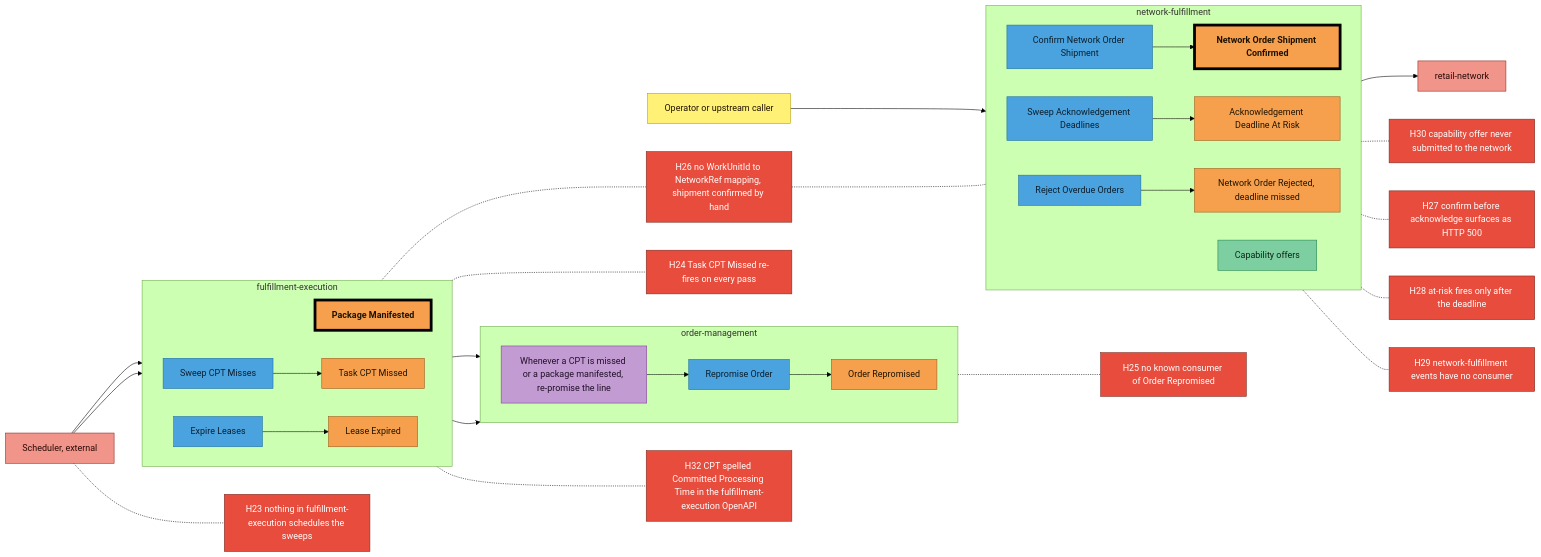
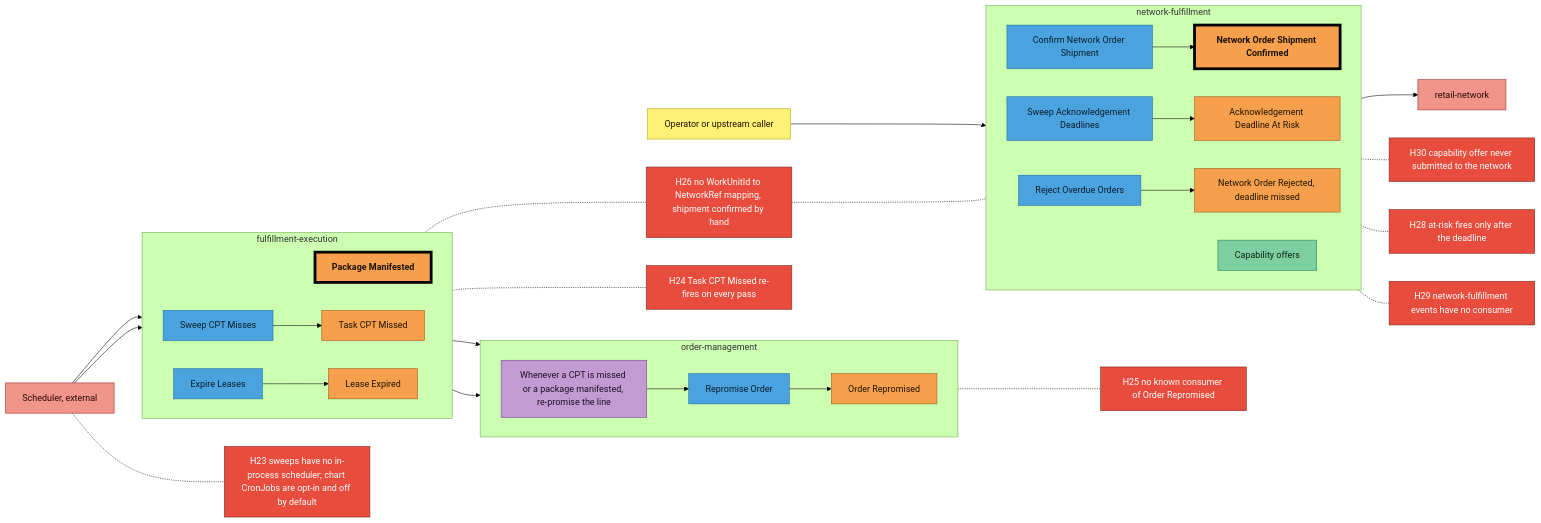
The seventh of 7 diagrams in docs/strategic-design/eventstorming-big-picture.md (IQVO/warehouse-docs), drawn with Mermaid (forest theme) before and after one commit. The commit also changed other lines of this file and 107 other files, not shown here.

````diff
--- a/docs/strategic-design/eventstorming-big-picture.md
+++ b/docs/strategic-design/eventstorming-big-picture.md
@@ -548,68 +542,64 @@
 ```mermaid
 flowchart LR
     SCH["Scheduler, external"]:::external
     OP["Operator or upstream caller"]:::actor
     RN["retail-network"]:::external
     subgraph S_FE["fulfillment-execution"]
         direction LR
         E1["Package Manifested"]:::pivotal
         C1["Sweep CPT Misses"]:::command
         E2["Task CPT Missed"]:::event
         C2["Expire Leases"]:::command
         E3["Lease Expired"]:::event
     end
     subgraph S_OM["order-management"]
         direction LR
         P1["Whenever a CPT is missed or a package manifested, re-promise the line"]:::policy
         C3["Repromise Order"]:::command
         E4["Order Repromised"]:::event
     end
     subgraph S_NF["network-fulfillment"]
         direction LR
         C4["Confirm Network Order Shipment"]:::command
         E5["Network Order Shipment Confirmed"]:::pivotal
         C5["Sweep Acknowledgement Deadlines"]:::command
         E6["Acknowledgement Deadline At Risk"]:::event
         C6["Reject Overdue Orders"]:::command
         E7["Network Order Rejected, deadline missed"]:::event
         R1["Capability offers"]:::readmodel
     end
 
     SCH --> C1 --> E2
     SCH --> C2 --> E3
     E1 --> P1
     E2 --> P1
     P1 --> C3 --> E4
     OP --> C4 --> E5 --> RN
     C5 --> E6
     C6 --> E7
 
-    H23["H23 nothing in fulfillment-execution schedules the sweeps"]:::hotspot
+    H23["H23 sweeps have no in-process scheduler; chart CronJobs are opt-in and off by default"]:::hotspot
     H24["H24 Task CPT Missed re-fires on every pass"]:::hotspot
     H25["H25 no known consumer of Order Repromised"]:::hotspot
     H26["H26 no WorkUnitId to NetworkRef mapping, shipment confirmed by hand"]:::hotspot
-    H27["H27 confirm before acknowledge surfaces as HTTP 500"]:::hotspot
     H28["H28 at-risk fires only after the deadline"]:::hotspot
     H29["H29 network-fulfillment events have no consumer"]:::hotspot
     H30["H30 capability offer never submitted to the network"]:::hotspot
-    H32["H32 CPT spelled Committed Processing Time in the fulfillment-execution OpenAPI"]:::hotspot
     R1 -.- H30
     SCH -.- H23
     E2 -.- H24
-    E2 -.- H32
     E4 -.- H25
     E1 -.- H26
     H26 -.- C4
-    C4 -.- H27
     E6 -.- H28
     E5 -.- H29
 
     classDef actor fill:#fff176,stroke:#b59f00,color:#1f1300
     classDef command fill:#4aa3df,stroke:#1f6f9f,color:#0b1e2d
     classDef event fill:#f6a04d,stroke:#9a5b1c,color:#1f1300
     classDef pivotal fill:#f6a04d,stroke:#000000,stroke-width:5px,color:#1f1300,font-weight:bold
     classDef policy fill:#c39bd3,stroke:#7d3c98,color:#1f0f26
     classDef readmodel fill:#7dcea0,stroke:#1e8449,color:#0b2614
     classDef external fill:#f1948a,stroke:#922b21,color:#2b0a07
     classDef hotspot fill:#e74c3c,stroke:#78281f,color:#ffffff
 ```
````
